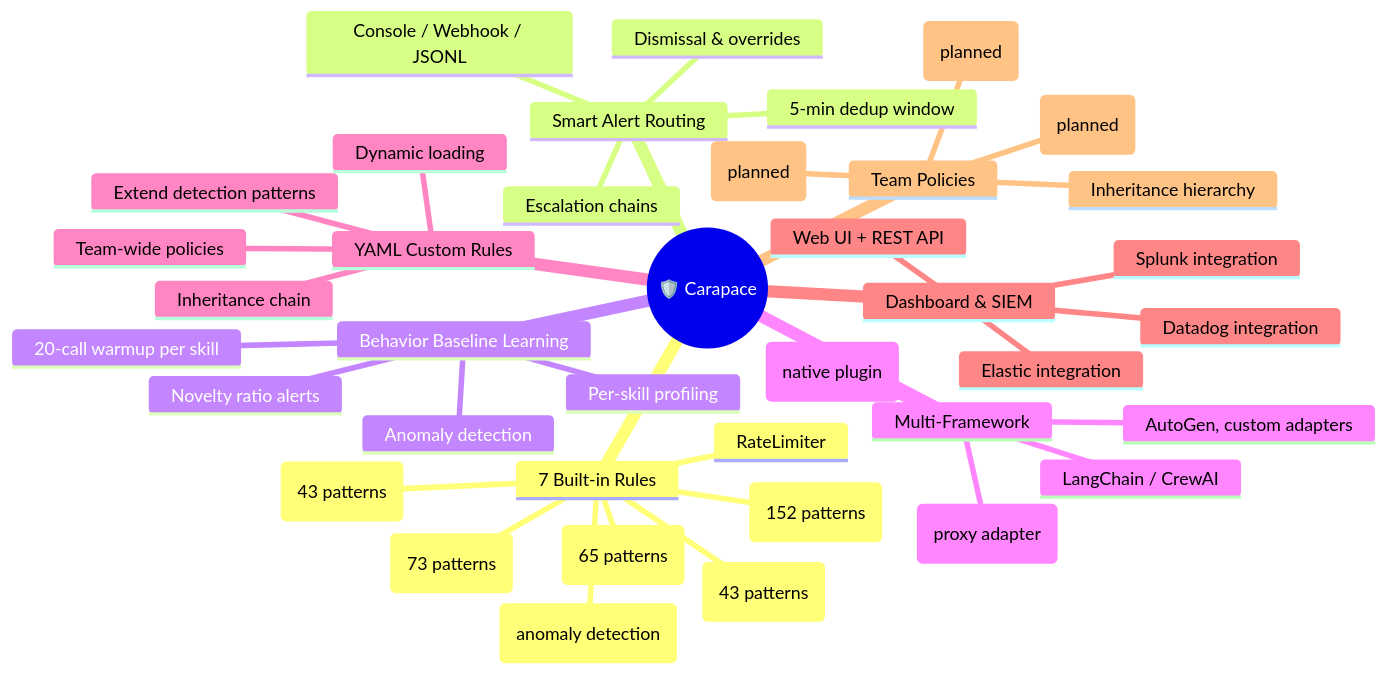
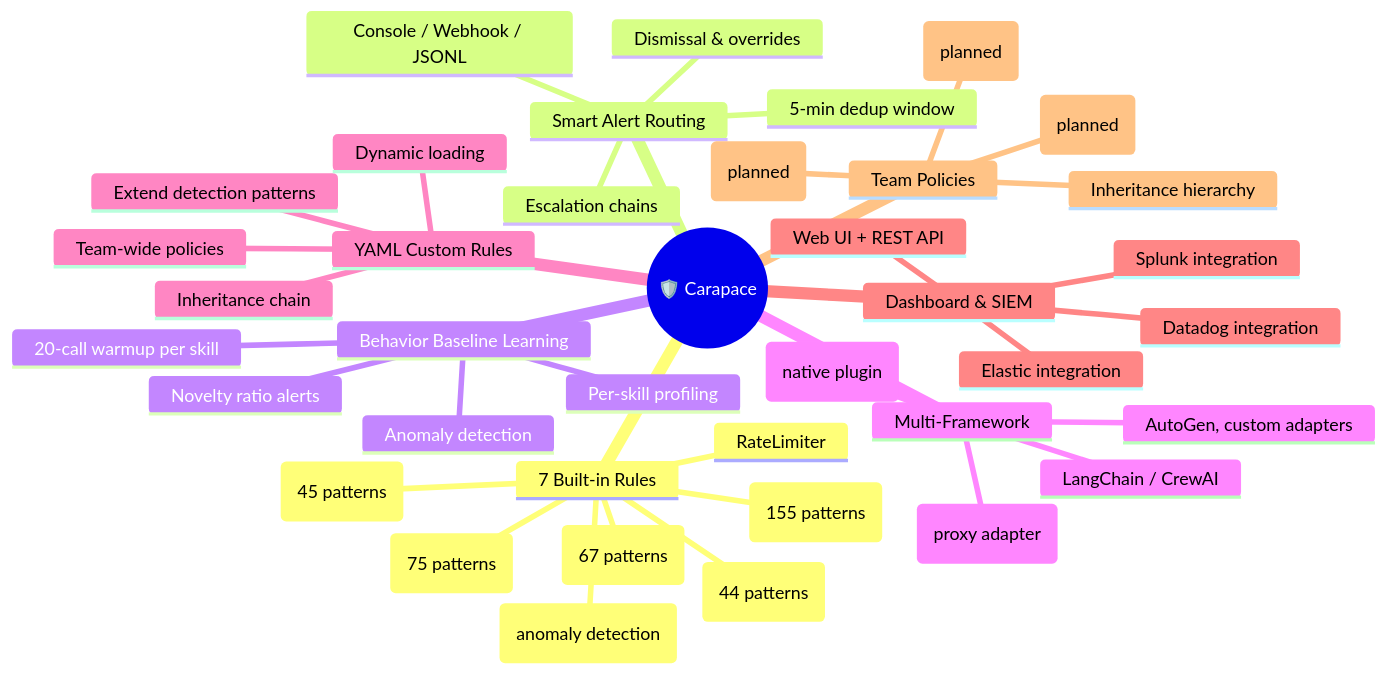
The first of 4 diagrams in README.md (yeasy/carapace), drawn with Mermaid before and after one commit. The commit also changed other lines of this file and 2 other files, not shown here.

````diff
--- a/README.md
+++ b/README.md
@@ -70,42 +70,42 @@
 ```mermaid
 mindmap
   root((🛡️ Carapace))
     7 Built-in Rules
-      ExecGuard (152 patterns)
-      PathGuard (73 patterns)
-      NetworkGuard (43 patterns)
+      ExecGuard (155 patterns)
+      PathGuard (75 patterns)
+      NetworkGuard (45 patterns)
       RateLimiter
-      PromptInjection (43 patterns)
-      DataExfil (65 patterns)
+      PromptInjection (44 patterns)
+      DataExfil (67 patterns)
       BaselineDrift (anomaly detection)
     Smart Alert Routing
       5-min dedup window
       Escalation chains
       Dismissal & overrides
       Console / Webhook / JSONL
     Behavior Baseline Learning
       20-call warmup per skill
       Per-skill profiling
       Anomaly detection
       Novelty ratio alerts
     Multi-Framework
       OpenClaw (native plugin)
       MCP (proxy adapter)
       LangChain / CrewAI
       AutoGen, custom adapters
     YAML Custom Rules
       Extend detection patterns
       Team-wide policies
       Inheritance chain
       Dynamic loading
     Dashboard & SIEM
       Web UI + REST API
       Splunk integration
       Elastic integration
       Datadog integration
     Team Policies
       Inheritance hierarchy
       Role-based access (planned)
       Policy versioning (planned)
       Audit logging (planned)
 ```
````
